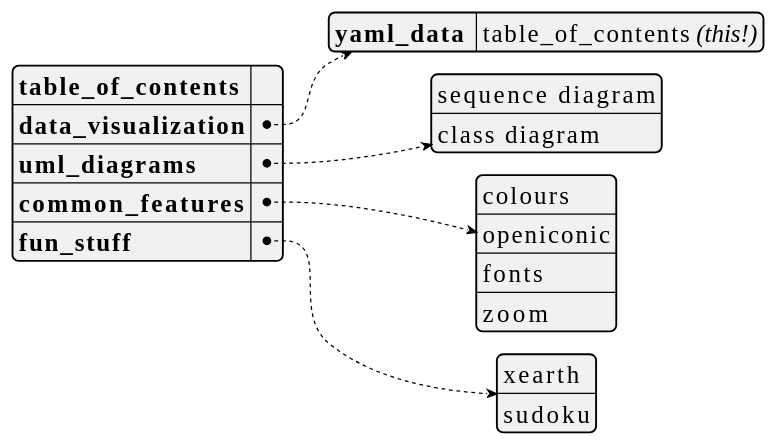
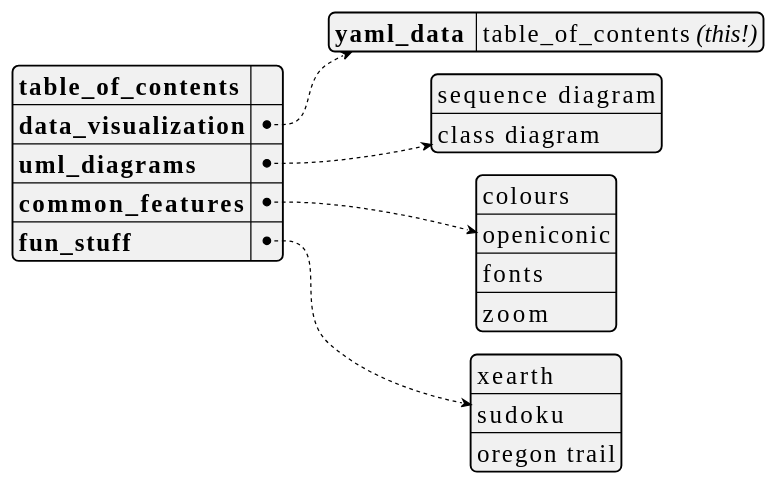
Before and after one commit to dragondive/heavens-arena: the first of 17 diagrams in plantuml_demo.md, drawn with PlantUML. The commit also changed other lines of this file, not shown here.

Commit message:
added demo: oregon trail

````diff
--- a/plantuml_demo.md
+++ b/plantuml_demo.md
@@ -26,37 +26,38 @@
 ```plantuml
 @startyaml
 <style>
 yamlDiagram {
     node {
         ' use a constant width font because that's what developers do.
         FontName Consolas
         FontSize 20
     }
 }
 </style>
 
 /'TODO:
 It would be cool to hyperlink the entries in the table_of_contents to the
 respective section in the document. Not only would it further accentuate the
 [Medium Awareness](https://tvtropes.org/pmwiki/pmwiki.php/Main/MediumAwareness)
 of this yaml document, but also augment the
 [Anachronic Order](https://tvtropes.org/pmwiki/pmwiki.php/Main/AnachronicOrder)
 of the outer markdown document.
 '/
 
 **table_of_contents**: ""  /' workaround: empty string here to avoid dummy link '/
 data_visualization:
     yaml_data : table_of_contents //(this!)//
 uml_diagrams:
     - sequence diagram
     - class diagram
 common_features:
     - colours
     - openiconic
     - fonts
     - zoom
 fun_stuff:
     - xearth
     - sudoku
+    - oregon trail
 @endyaml
 ```
````
